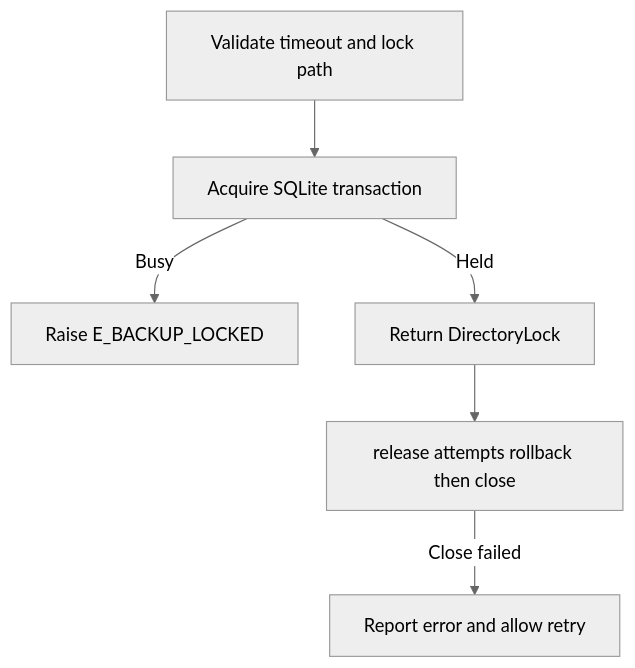
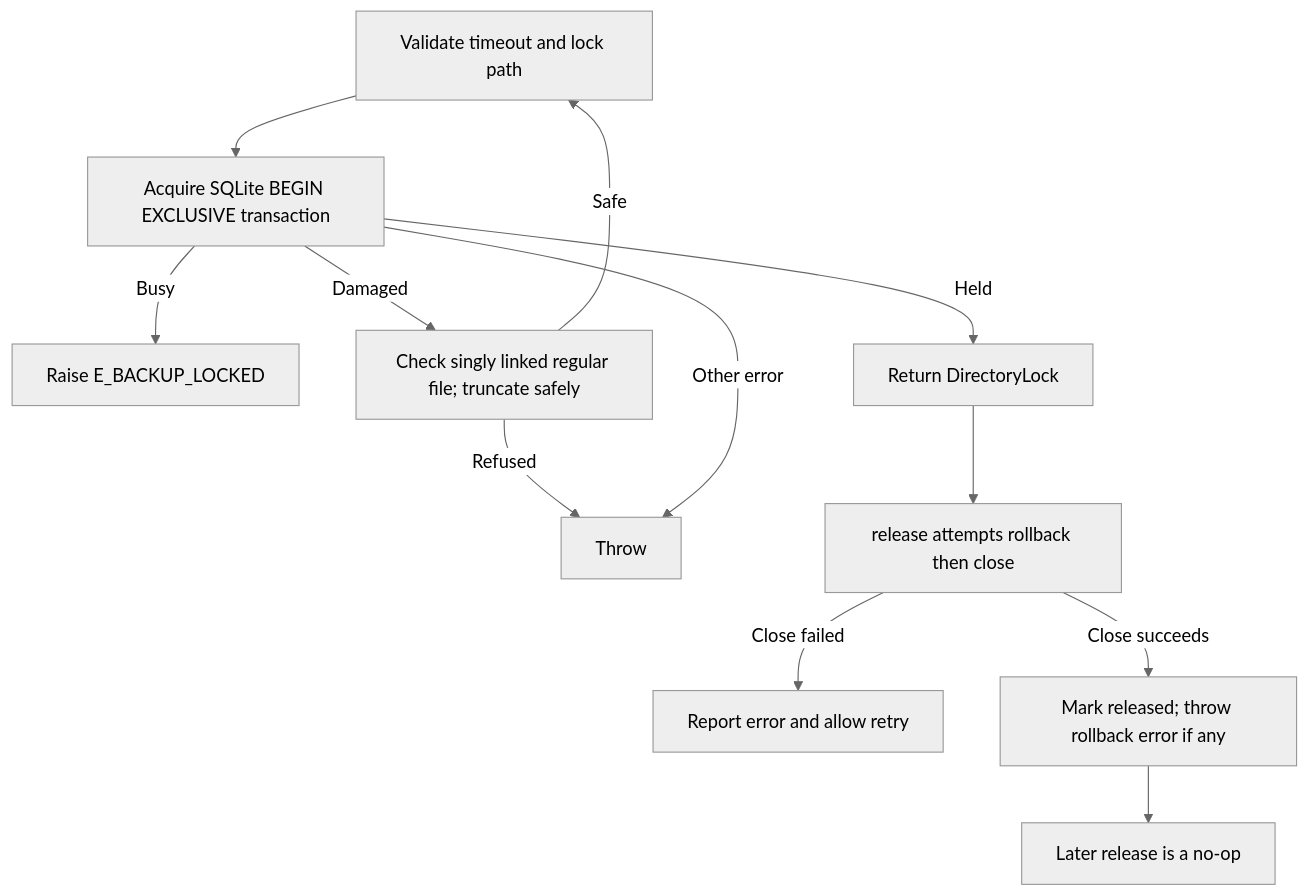
Before and after one commit to Kevinjohn/oss-adonisjs-sqlite-backup: the second of 2 diagrams in user-stories/integration/us-int-02-archive-lock.md, drawn with Mermaid (neutral theme). The commit also changed 9 other files, not shown here.

Commit message:
docs: verify user story paths and Mermaid flows against implementation

````diff
--- a/user-stories/integration/us-int-02-archive-lock.md
+++ b/user-stories/integration/us-int-02-archive-lock.md
@@ -26,8 +26,14 @@
 ```mermaid
 flowchart TD
-    A["Validate timeout and lock path"] --> B["Acquire SQLite transaction"]
+    A["Validate timeout and lock path"] --> B["Acquire SQLite BEGIN EXCLUSIVE transaction"]
     B -->|Busy| C["Raise E_BACKUP_LOCKED"]
+    B -->|Damaged| G["Check singly linked regular file; truncate safely"]
+    G -->|Safe| A
+    G -->|Refused| H["Throw"]
+    B -->|Other error| H
     B -->|Held| D["Return DirectoryLock"]
     D --> E["release attempts rollback then close"]
     E -->|Close failed| F["Report error and allow retry"]
+    E -->|Close succeeds| I["Mark released; throw rollback error if any"]
+    I --> J["Later release is a no-op"]
 ```
````
